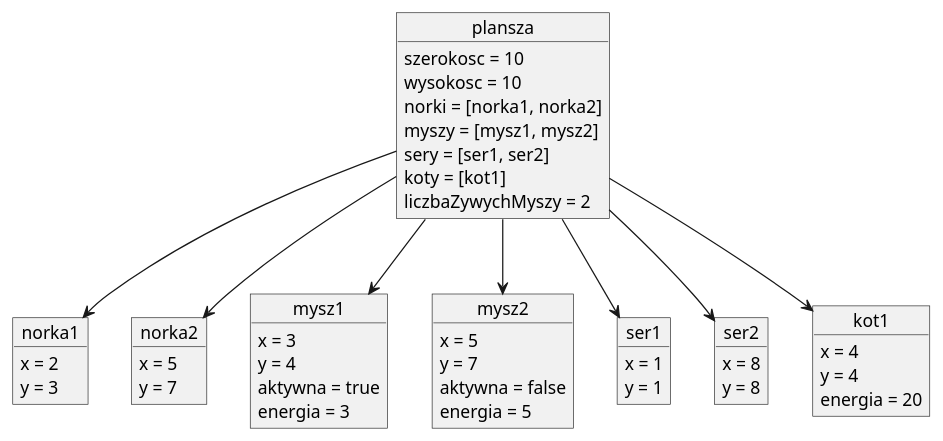
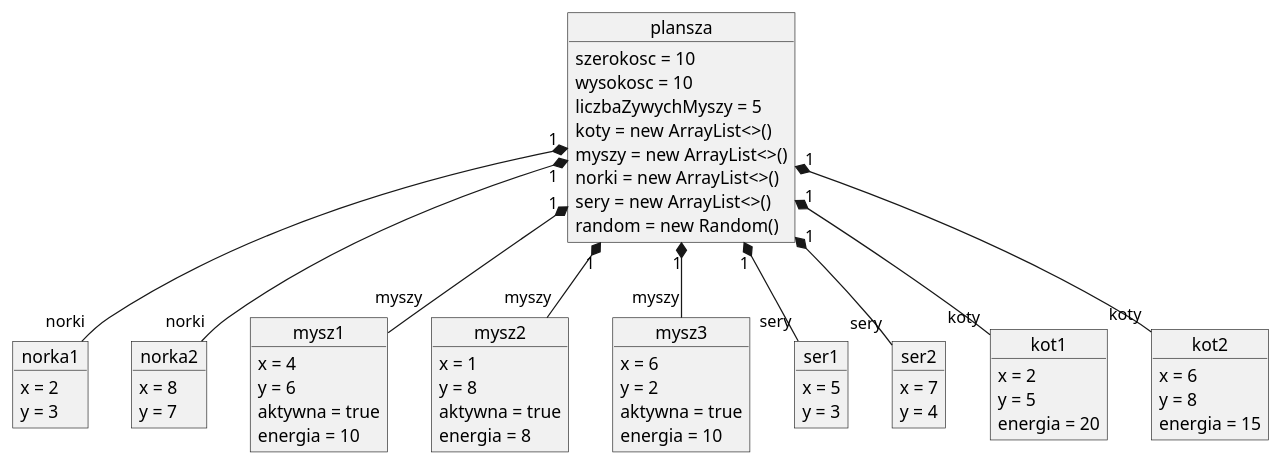
The diagram in diagram_obiektow.puml (rochmir/symulacja_agentowa1), drawn with PlantUML before and after one commit. The commit also changed 12 other files, not shown here.

```diff
--- a/diagram_obiektow.puml
+++ b/diagram_obiektow.puml
@@ -1,61 +1,78 @@
 @startuml
 
 object plansza {
-  szerokosc = 10
-  wysokosc = 10
-  norki = [norka1, norka2]
-  myszy = [mysz1, mysz2]
-  sery = [ser1, ser2]
-  koty = [kot1]
-  liczbaZywychMyszy = 2
+    szerokosc = 10
+    wysokosc = 10
+    liczbaZywychMyszy = 5
+    koty = new ArrayList<>()
+    myszy = new ArrayList<>()
+    norki = new ArrayList<>()
+    sery = new ArrayList<>()
+    random = new Random()
 }
 
 object norka1 {
-  x = 2
-  y = 3
+    x = 2
+    y = 3
 }
 
 object norka2 {
-  x = 5
-  y = 7
+    x = 8
+    y = 7
 }
 
 object mysz1 {
-  x = 3
-  y = 4
-  aktywna = true
-  energia = 3
+    x = 4
+    y = 6
+    aktywna = true
+    energia = 10
 }
 
 object mysz2 {
-  x = 5
-  y = 7
-  aktywna = false
-  energia = 5
+    x = 1
+    y = 8
+    aktywna = true
+    energia = 8
+}
+
+object mysz3 {
+    x = 6
+    y = 2
+    aktywna = true
+    energia = 10
 }
 
 object ser1 {
-  x = 1
-  y = 1
+    x = 5
+    y = 3
 }
 
 object ser2 {
-  x = 8
-  y = 8
+    x = 7
+    y = 4
 }
 
 object kot1 {
-  x = 4
-  y = 4
-  energia = 20
+    x = 2
+    y = 5
+    energia = 20
 }
 
-plansza --> norka1
-plansza --> norka2
-plansza --> mysz1
-plansza --> mysz2
-plansza --> ser1
-plansza --> ser2
-plansza --> kot1
+object kot2 {
+    x = 6
+    y = 8
+    energia = 15
+}
+
+' Kolekcje
+plansza "1" *-- "norki" norka1
+plansza "1" *-- "norki" norka2
+plansza "1" *-- "myszy" mysz1
+plansza "1" *-- "myszy" mysz2
+plansza "1" *-- "myszy" mysz3
+plansza "1" *-- "sery" ser1
+plansza "1" *-- "sery" ser2
+plansza "1" *-- "koty" kot1
+plansza "1" *-- "koty" kot2
 
 @enduml
```
